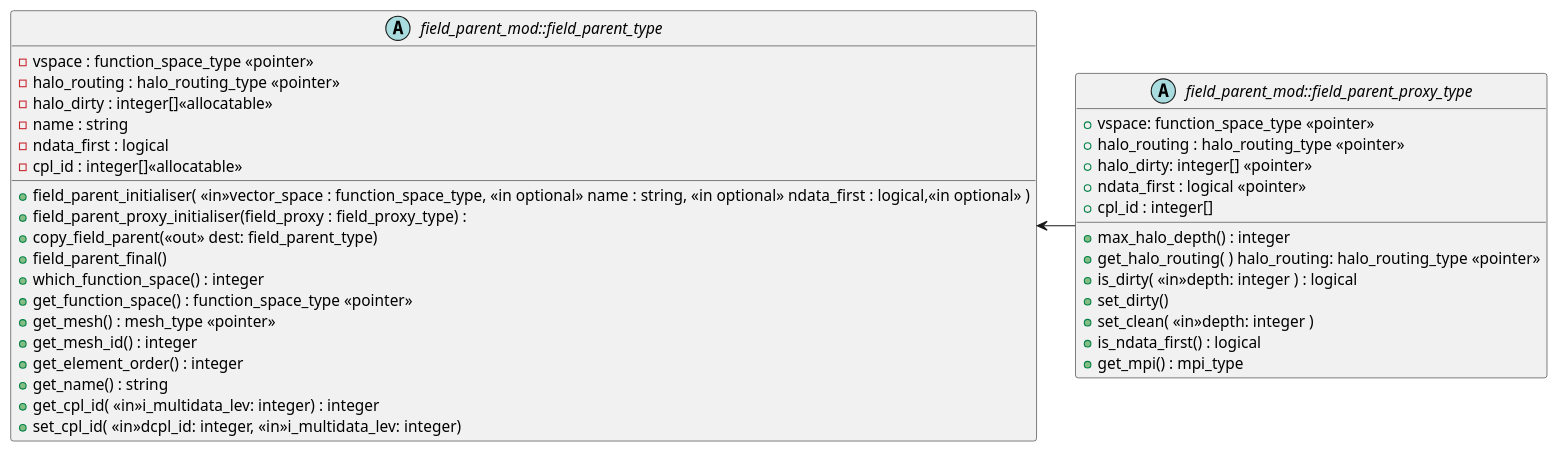
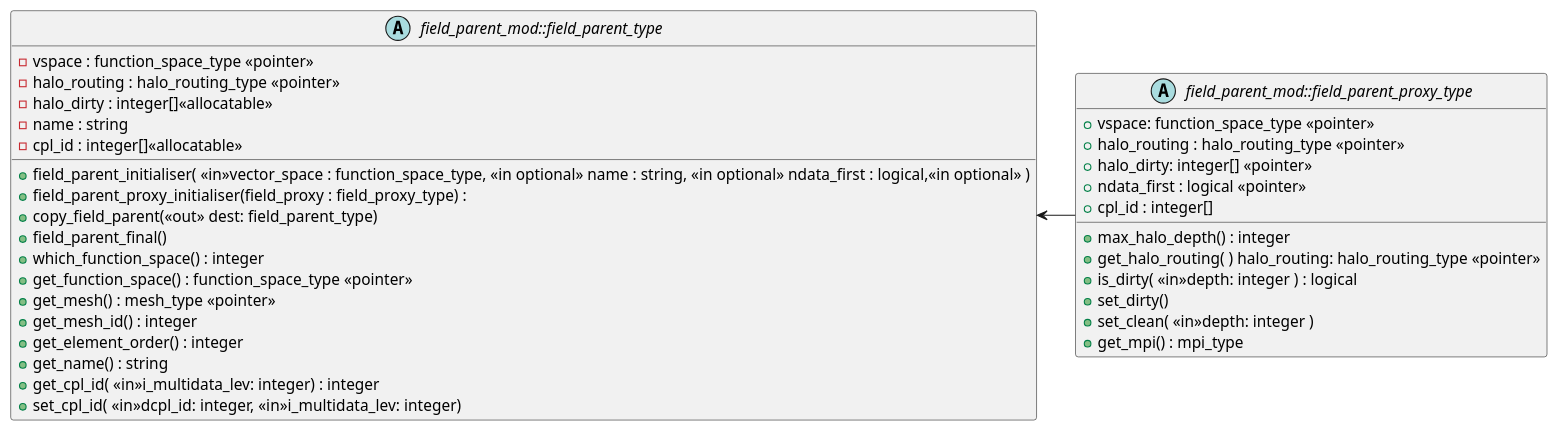
The diagram in infrastructure/documentation/uml/field/field_parent_mod.iuml (andrewcoughtrie/lfric_core), drawn with PlantUML before and after one commit. The commit also changed 27 other files, not shown here.

```diff
--- a/infrastructure/documentation/uml/field/field_parent_mod.iuml
+++ b/infrastructure/documentation/uml/field/field_parent_mod.iuml
@@ -1,44 +1,42 @@
 ' (c) Crown copyright 2019 Met Office. All rights reserved.
 ' The file LICENCE, distributed with this code, contains details of the terms
 ' under which the code may be used.
 
 
 abstract class field_parent_mod::field_parent_type {
   -vspace : function_space_type <<pointer>>
   -halo_routing : halo_routing_type <<pointer>>
   -halo_dirty : integer[]<<allocatable>>
   -name : string
-  -ndata_first : logical
   -cpl_id : integer[]<<allocatable>>
 
   +field_parent_initialiser( <<in>>vector_space : function_space_type, <<in optional>> name : string, <<in optional>> ndata_first : logical,<<in optional>> )
   +field_parent_proxy_initialiser(field_proxy : field_proxy_type) :
   +copy_field_parent(<<out>> dest: field_parent_type)
   +field_parent_final()
   +which_function_space() : integer
   +get_function_space() : function_space_type <<pointer>>
   +get_mesh() : mesh_type <<pointer>>
   +get_mesh_id() : integer
   +get_element_order() : integer
   +get_name() : string
   +get_cpl_id( <<in>>i_multidata_lev: integer) : integer
   +set_cpl_id( <<in>>dcpl_id: integer, <<in>>i_multidata_lev: integer)
 }
 
 abstract class field_parent_mod::field_parent_proxy_type {
   +vspace: function_space_type <<pointer>>
   +halo_routing : halo_routing_type <<pointer>>
   +halo_dirty: integer[] <<pointer>>
   +ndata_first : logical <<pointer>>
   +cpl_id : integer[]
 
   +max_halo_depth() : integer
   +get_halo_routing( ) halo_routing: halo_routing_type <<pointer>>
   +is_dirty( <<in>>depth: integer ) : logical
   +set_dirty()
   +set_clean( <<in>>depth: integer )
-  +is_ndata_first() : logical
   +get_mpi() : mpi_type
 }
 
 field_parent_mod::field_parent_type <- field_parent_mod::field_parent_proxy_type
```
